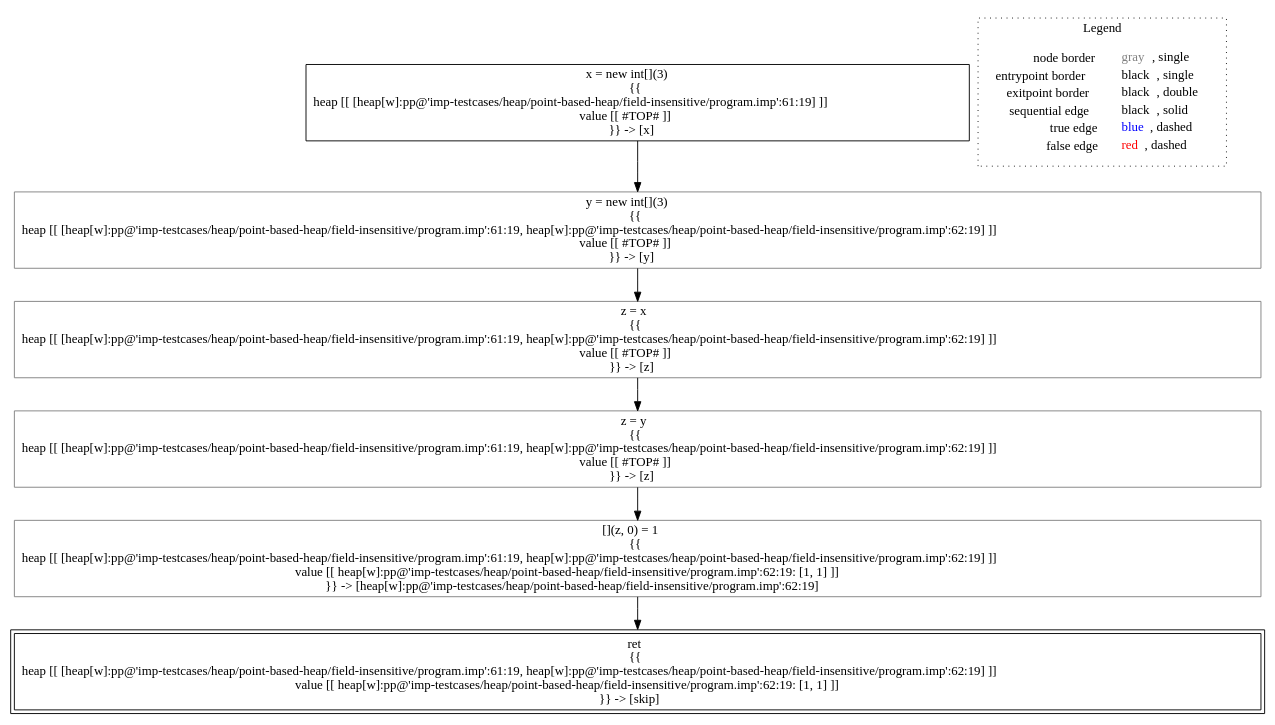
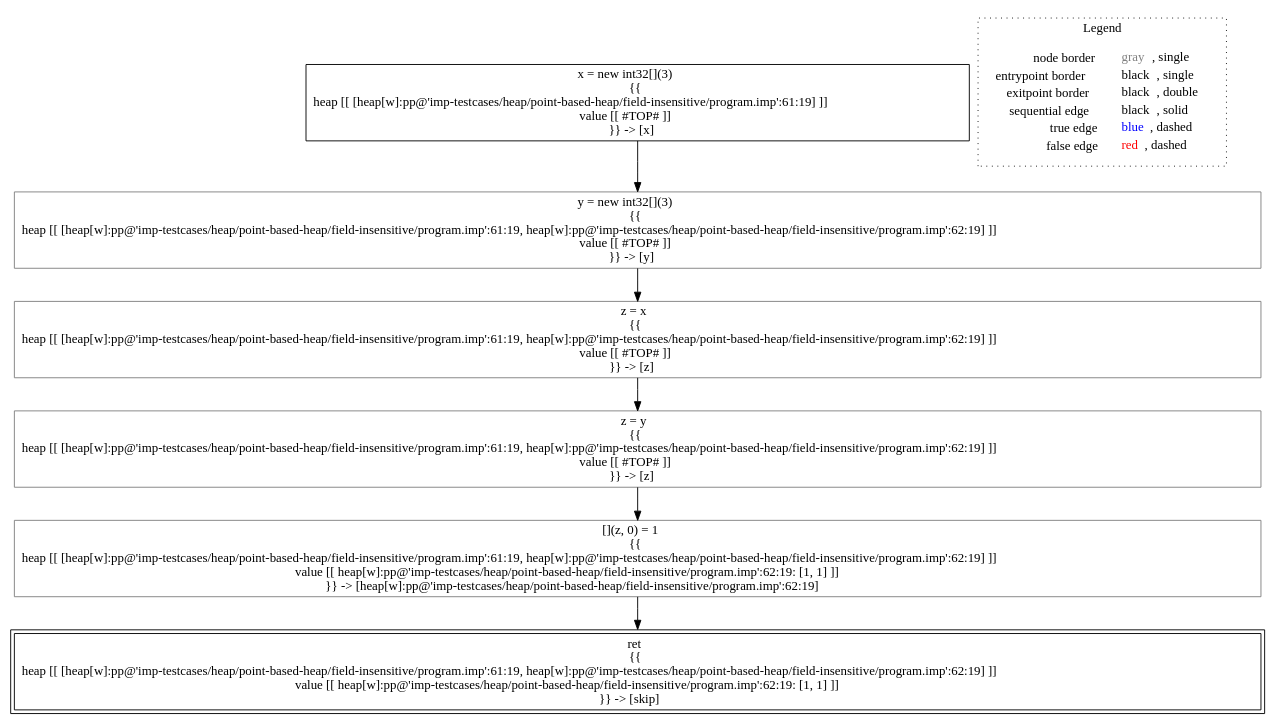
One commit to lisa-analyzer/lisa changed the diagram in lisa/lisa-core/imp-testcases/heap/point-based-heap/field-insensitive/analysis___untyped_A.f7(A_this).dot. Above: the diagram before and after it, drawn with Graphviz. The commit also changed 17 other files, not shown here.

```diff
--- a/lisa/lisa-core/imp-testcases/heap/point-based-heap/field-insensitive/analysis___untyped_A.f7(A_this).dot
+++ b/lisa/lisa-core/imp-testcases/heap/point-based-heap/field-insensitive/analysis___untyped_A.f7(A_this).dot
@@ -1,20 +1,20 @@
 digraph {
-	"node0" [shape="rect",color="black",label=<x = new int[](3)<BR/>{{<BR/>heap [[ [heap[w]:pp@'imp-testcases/heap/point-based-heap/field-insensitive/program.imp':61:19] ]]<BR/>value [[ #TOP# ]]<BR/>}} -&gt; [x]>];
+	"node0" [shape="rect",color="black",label=<x = new int32[](3)<BR/>{{<BR/>heap [[ [heap[w]:pp@'imp-testcases/heap/point-based-heap/field-insensitive/program.imp':61:19] ]]<BR/>value [[ #TOP# ]]<BR/>}} -&gt; [x]>];
 	"node1" [shape="rect",color="gray",label=<z = y<BR/>{{<BR/>heap [[ [heap[w]:pp@'imp-testcases/heap/point-based-heap/field-insensitive/program.imp':61:19, heap[w]:pp@'imp-testcases/heap/point-based-heap/field-insensitive/program.imp':62:19] ]]<BR/>value [[ #TOP# ]]<BR/>}} -&gt; [z]>];
 	"node2" [shape="rect",color="gray",label=<[](z, 0) = 1<BR/>{{<BR/>heap [[ [heap[w]:pp@'imp-testcases/heap/point-based-heap/field-insensitive/program.imp':61:19, heap[w]:pp@'imp-testcases/heap/point-based-heap/field-insensitive/program.imp':62:19] ]]<BR/>value [[ heap[w]:pp@'imp-testcases/heap/point-based-heap/field-insensitive/program.imp':62:19: [1, 1] ]]<BR/>}} -&gt; [heap[w]:pp@'imp-testcases/heap/point-based-heap/field-insensitive/program.imp':62:19]>];
 	"node3" [shape="rect",color="black",peripheries="2",label=<ret<BR/>{{<BR/>heap [[ [heap[w]:pp@'imp-testcases/heap/point-based-heap/field-insensitive/program.imp':61:19, heap[w]:pp@'imp-testcases/heap/point-based-heap/field-insensitive/program.imp':62:19] ]]<BR/>value [[ heap[w]:pp@'imp-testcases/heap/point-based-heap/field-insensitive/program.imp':62:19: [1, 1] ]]<BR/>}} -&gt; [skip]>];
-	"node4" [shape="rect",color="gray",label=<y = new int[](3)<BR/>{{<BR/>heap [[ [heap[w]:pp@'imp-testcases/heap/point-based-heap/field-insensitive/program.imp':61:19, heap[w]:pp@'imp-testcases/heap/point-based-heap/field-insensitive/program.imp':62:19] ]]<BR/>value [[ #TOP# ]]<BR/>}} -&gt; [y]>];
+	"node4" [shape="rect",color="gray",label=<y = new int32[](3)<BR/>{{<BR/>heap [[ [heap[w]:pp@'imp-testcases/heap/point-based-heap/field-insensitive/program.imp':61:19, heap[w]:pp@'imp-testcases/heap/point-based-heap/field-insensitive/program.imp':62:19] ]]<BR/>value [[ #TOP# ]]<BR/>}} -&gt; [y]>];
 	"node5" [shape="rect",color="gray",label=<z = x<BR/>{{<BR/>heap [[ [heap[w]:pp@'imp-testcases/heap/point-based-heap/field-insensitive/program.imp':61:19, heap[w]:pp@'imp-testcases/heap/point-based-heap/field-insensitive/program.imp':62:19] ]]<BR/>value [[ #TOP# ]]<BR/>}} -&gt; [z]>];
 	"node1" -> "node2" [color="black"];
 	"node2" -> "node3" [color="black"];
 	"node4" -> "node5" [color="black"];
 	"node5" -> "node1" [color="black"];
 	"node0" -> "node4" [color="black"];
 subgraph cluster_legend {
 	label="Legend";
 	style=dotted;
 	node [shape=plaintext];
 	"legend" [label=<<table border="0" cellpadding="2" cellspacing="0" cellborder="0"><tr><td align="right">node border&nbsp;</td><td align="left"><font color="gray">gray</font>, single</td></tr><tr><td align="right">entrypoint border&nbsp;</td><td align="left"><font color="black">black</font>, single</td></tr><tr><td align="right">exitpoint border&nbsp;</td><td align="left"><font color="black">black</font>, double</td></tr><tr><td align="right">sequential edge&nbsp;</td><td align="left"><font color="black">black</font>, solid</td></tr><tr><td align="right">true edge&nbsp;</td><td align="left"><font color="blue">blue</font>, dashed</td></tr><tr><td align="right">false edge&nbsp;</td><td align="left"><font color="red">red</font>, dashed</td></tr></table>>];
 }
 
 }
```
